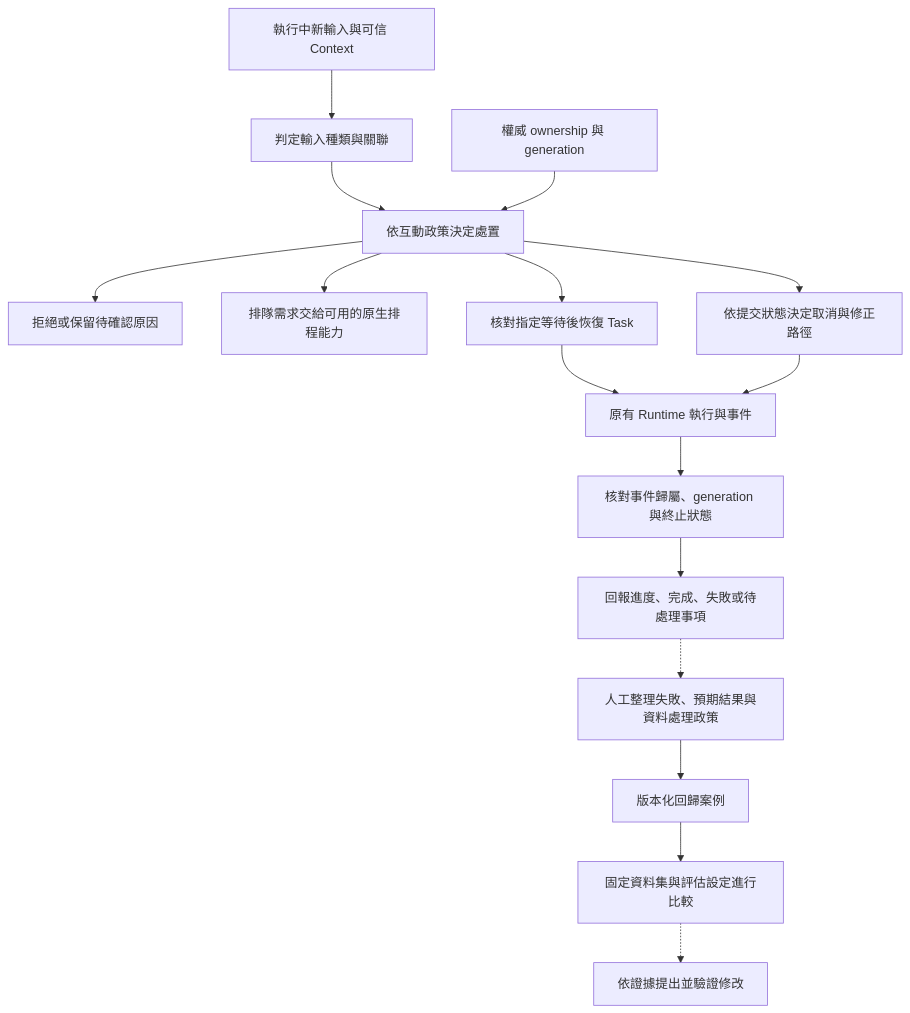
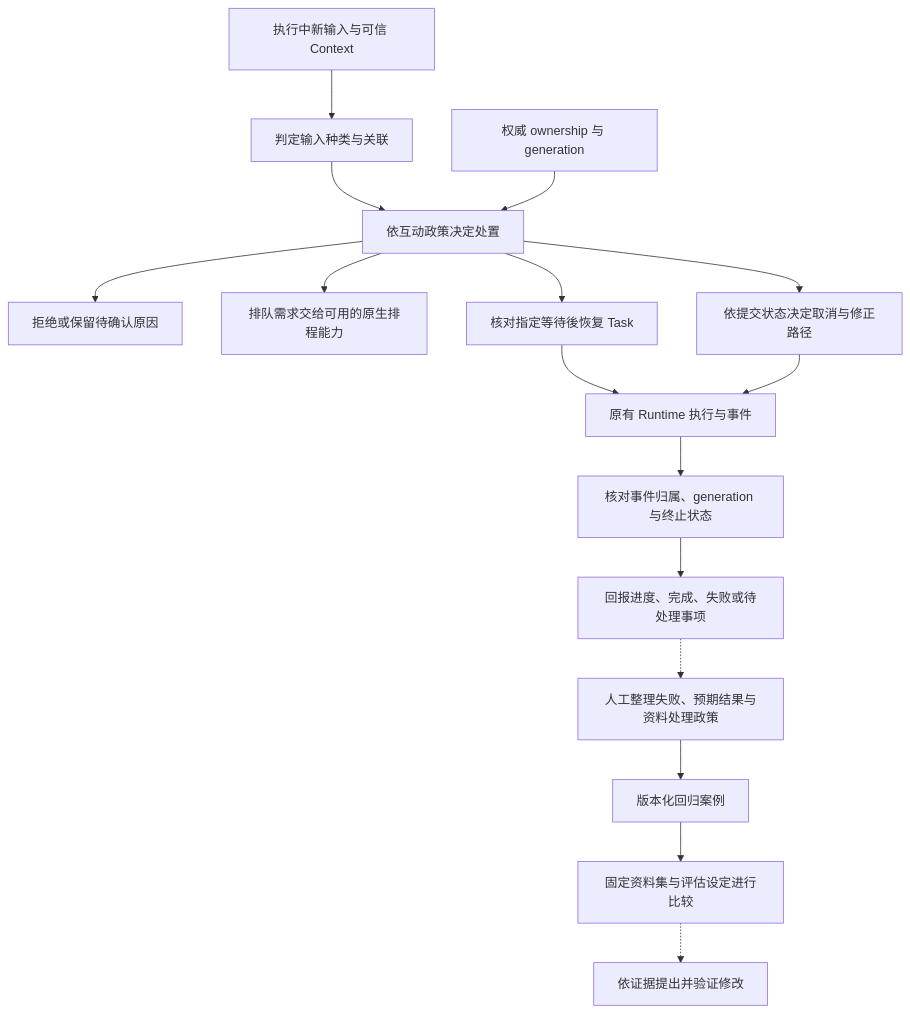
Before and after one commit to HsienW/gun-harness-engineering: the diagram in agent-harness/interaction-and-feedback/README-zh-CN.md, drawn with Mermaid. The commit also changed 1 other file, not shown here.

Commit message:
docs(harness-interaction): localize feedback flow diagrams
- Translate diagram labels for the English and Simplified Chinese guides.
- Preserve ownership checks and feedback evaluation connections.

````diff
--- a/agent-harness/interaction-and-feedback/README-zh-CN.md
+++ b/agent-harness/interaction-and-feedback/README-zh-CN.md
@@ -22,18 +22,18 @@
 ```mermaid
 flowchart TD
-    Input[執行中新輸入與可信 Context] --> Classify[判定輸入種類與關聯]
-    Classify --> Policy[依互動政策決定處置]
-    Owner[權威 ownership 與 generation] --> Policy
-    Policy --> Reject[拒絕或保留待確認原因]
-    Policy --> NativeQueue[排隊需求交給可用的原生排程能力]
-    Policy --> Resume[核對指定等待後恢復 Task]
-    Policy --> Cancel[依提交狀態決定取消與修正路徑]
-    Resume --> Runtime[原有 Runtime 執行與事件]
+    Input[执行中新输入与可信 Context] --> Classify[判定输入种类与关联]
+    Classify --> Policy[依互动政策决定处置]
+    Owner[权威 ownership 与 generation] --> Policy
+    Policy --> Reject[拒绝或保留待确认原因]
+    Policy --> NativeQueue[排队需求交给可用的原生排程能力]
+    Policy --> Resume[核对指定等待後恢复 Task]
+    Policy --> Cancel[依提交状态决定取消与修正路径]
+    Resume --> Runtime[原有 Runtime 执行与事件]
     Cancel --> Runtime
-    Runtime --> Visible[核對事件歸屬、generation 與終止狀態]
-    Visible --> Reply[回報進度、完成、失敗或待處理事項]
-    Reply -.-> Review[人工整理失敗、預期結果與資料處理政策]
-    Review --> Regression[版本化回歸案例]
-    Regression --> Evaluate[固定資料集與評估設定進行比較]
-    Evaluate -.-> Change[依證據提出並驗證修改]
+    Runtime --> Visible[核对事件归属、generation 与终止状态]
+    Visible --> Reply[回报进度、完成、失败或待处理事项]
+    Reply -.-> Review[人工整理失败、预期结果与资料处理政策]
+    Review --> Regression[版本化回归案例]
+    Regression --> Evaluate[固定资料集与评估设定进行比较]
+    Evaluate -.-> Change[依证据提出并验证修改]
 ```
````
